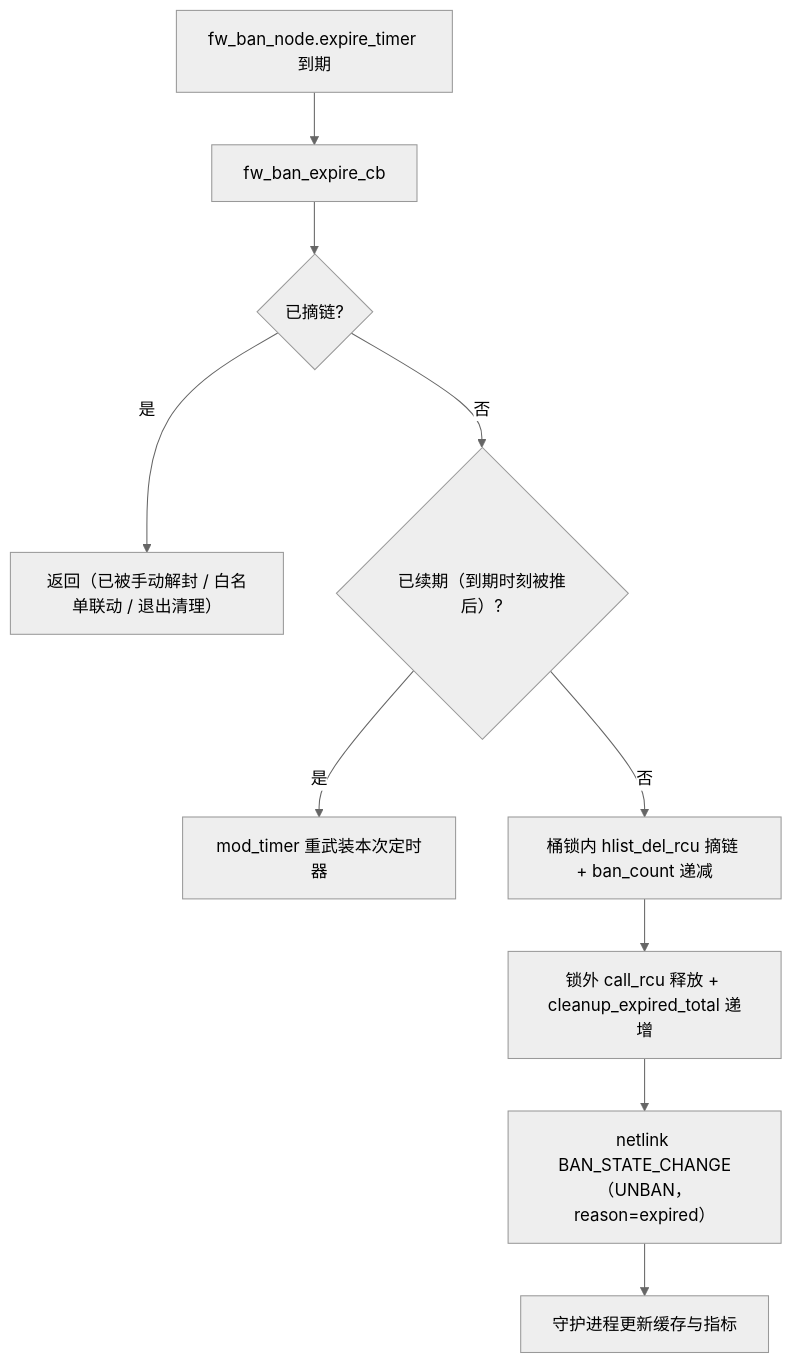
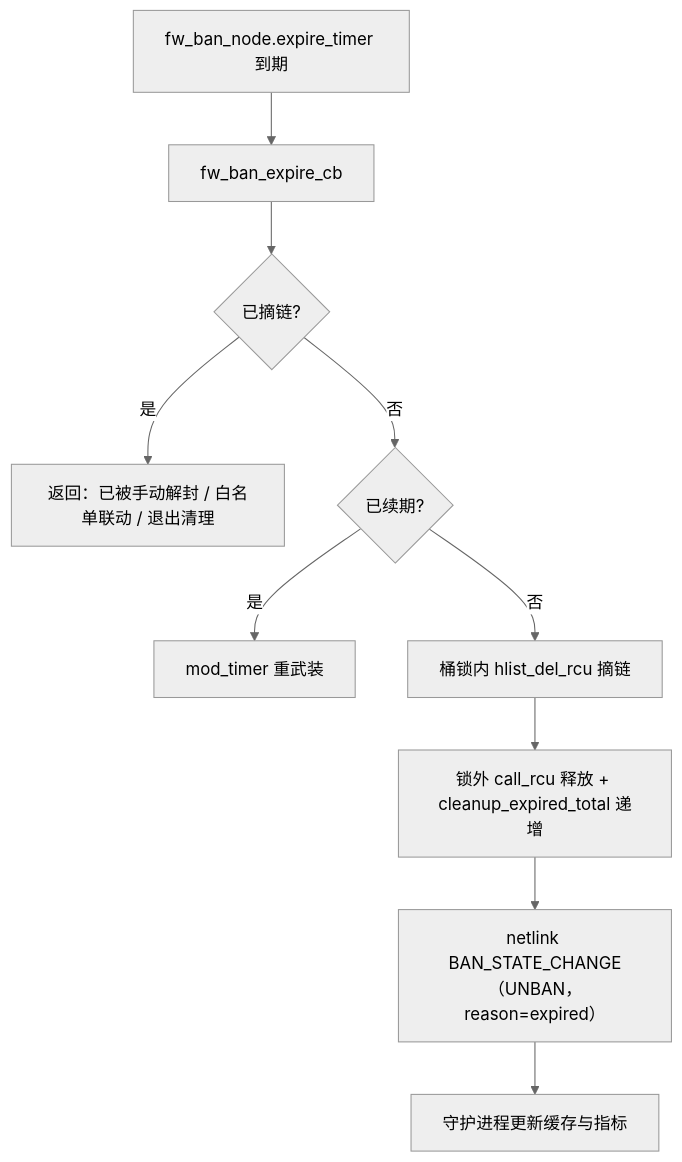
Before and after one commit to SnowCore8/linux-firewall-kmod: the third of 5 diagrams in docs/zh/architecture/data-flow.md, drawn with Mermaid (neutral theme). The commit also changed other lines of this file and 25 other files, not shown here.

````diff
--- a/docs/zh/architecture/data-flow.md
+++ b/docs/zh/architecture/data-flow.md
@@ -167,12 +203,12 @@
 ```mermaid
 graph TB
     A["fw_ban_node.expire_timer 到期"] --> B["fw_ban_expire_cb"]
     B --> C{"已摘链?"}
-    C -->|是| D["返回（已被手动解封 / 白名单联动 / 退出清理）"]
-    C -->|否| E{"已续期（到期时刻被推后）?"}
-    E -->|是| F["mod_timer 重武装本次定时器"]
-    E -->|否| G["桶锁内 hlist_del_rcu 摘链 + ban_count 递减"]
+    C -->|是| D["返回：已被手动解封 / 白名单联动 / 退出清理"]
+    C -->|否| E{"已续期?"}
+    E -->|是| F["mod_timer 重武装"]
+    E -->|否| G["桶锁内 hlist_del_rcu 摘链"]
     G --> H["锁外 call_rcu 释放 + cleanup_expired_total 递增"]
     H --> I["netlink BAN_STATE_CHANGE（UNBAN，reason=expired）"]
     I --> J["守护进程更新缓存与指标"]
 ```
````
